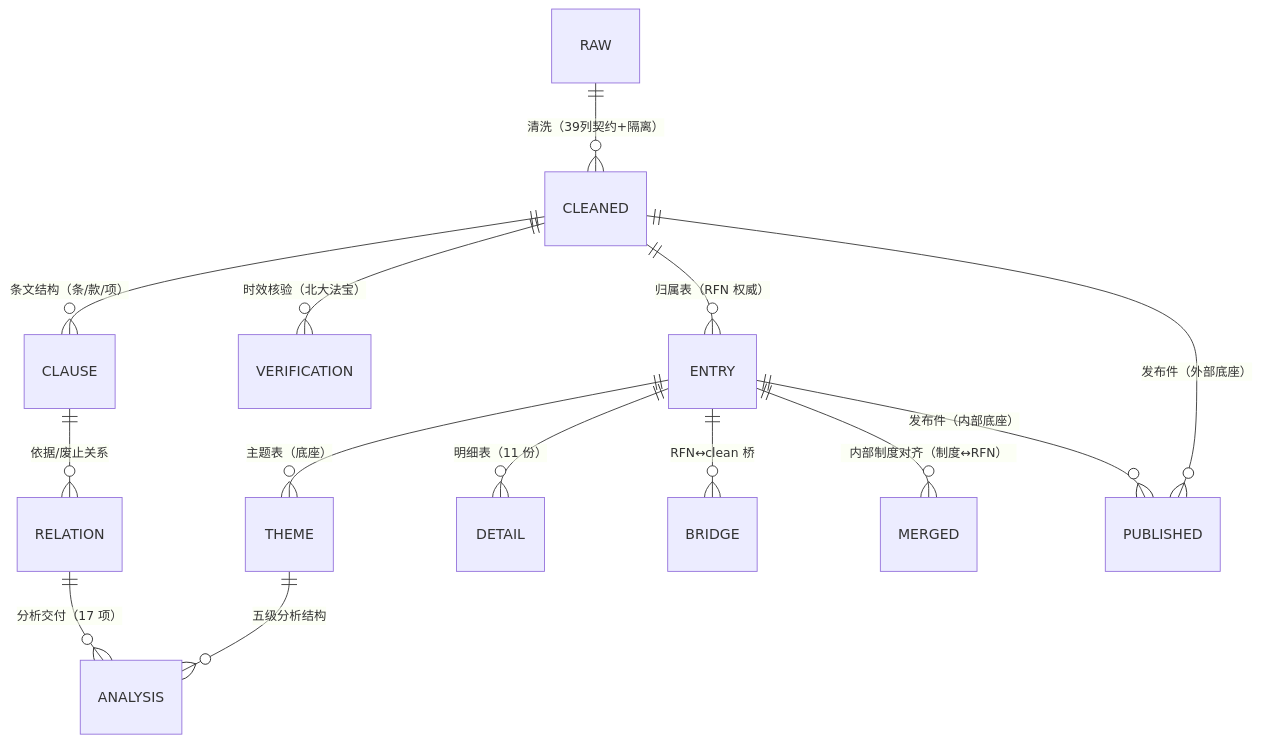
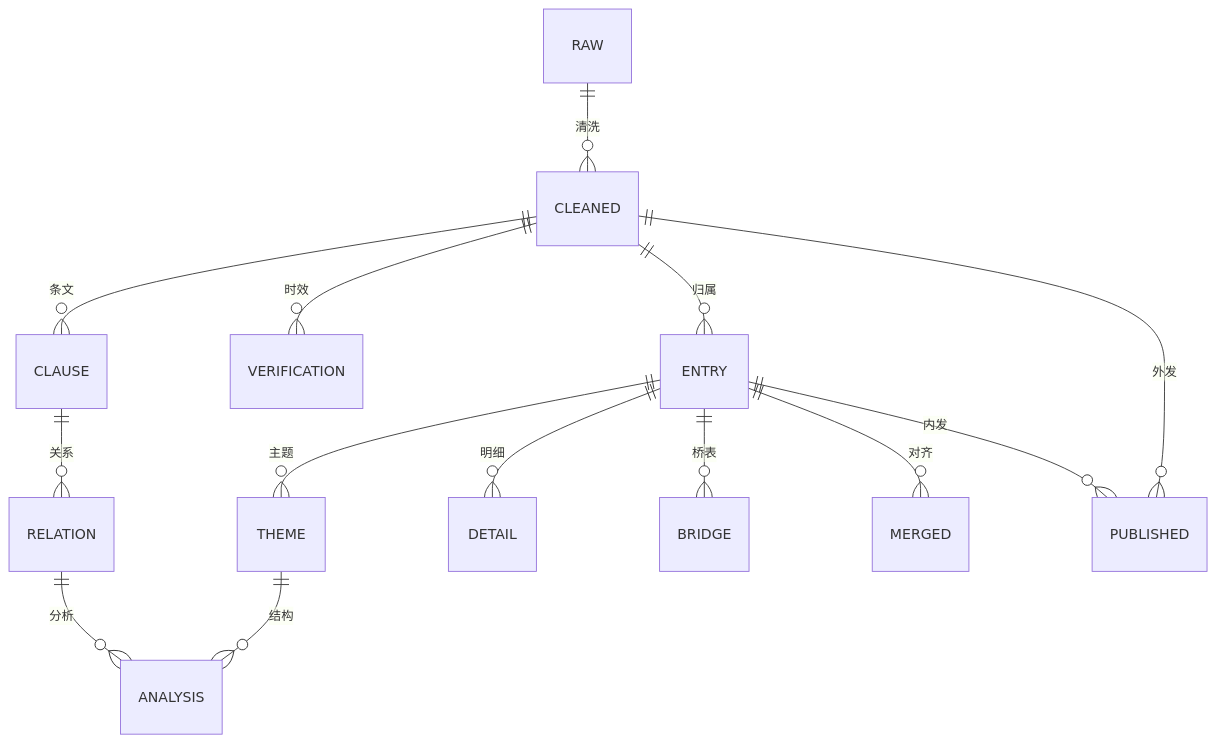
The first of 4 diagrams in README.md (wangtierui/orchestrator), drawn with Mermaid before and after one commit. The commit also changed other lines of this file and 73 other files, not shown here.

````diff
--- a/README.md
+++ b/README.md
@@ -120,16 +120,16 @@
 ```mermaid
 erDiagram
-    RAW ||--o{ CLEANED : "清洗（39列契约+隔离）"
-    CLEANED ||--o{ CLAUSE : "条文结构（条/款/项）"
-    CLEANED ||--o{ VERIFICATION : "时效核验（北大法宝）"
-    CLEANED ||--o{ ENTRY : "归属表（RFN 权威）"
-    ENTRY ||--o{ THEME : "主题表（底座）"
-    ENTRY ||--o{ DETAIL : "明细表（11 份）"
-    ENTRY ||--o{ BRIDGE : "RFN↔clean 桥"
-    CLAUSE ||--o{ RELATION : "依据/废止关系"
-    ENTRY ||--o{ MERGED : "内部制度对齐（制度↔RFN）"
-    CLEANED ||--o{ PUBLISHED : "发布件（外部底座）"
-    ENTRY ||--o{ PUBLISHED : "发布件（内部底座）"
-    RELATION ||--o{ ANALYSIS : "分析交付（17 项）"
-    THEME ||--o{ ANALYSIS : "五级分析结构"
+    RAW ||--o{ CLEANED : 清洗
+    CLEANED ||--o{ CLAUSE : 条文
+    CLEANED ||--o{ VERIFICATION : 时效
+    CLEANED ||--o{ ENTRY : 归属
+    ENTRY ||--o{ THEME : 主题
+    ENTRY ||--o{ DETAIL : 明细
+    ENTRY ||--o{ BRIDGE : 桥表
+    CLAUSE ||--o{ RELATION : 关系
+    ENTRY ||--o{ MERGED : 对齐
+    CLEANED ||--o{ PUBLISHED : 外发
+    ENTRY ||--o{ PUBLISHED : 内发
+    RELATION ||--o{ ANALYSIS : 分析
+    THEME ||--o{ ANALYSIS : 结构
 ```
````
